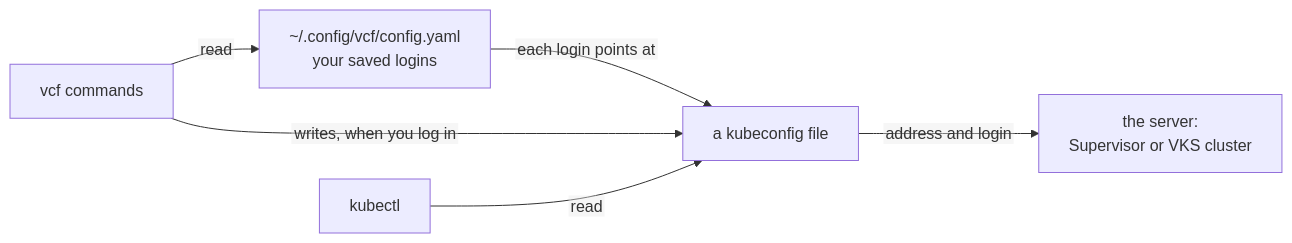
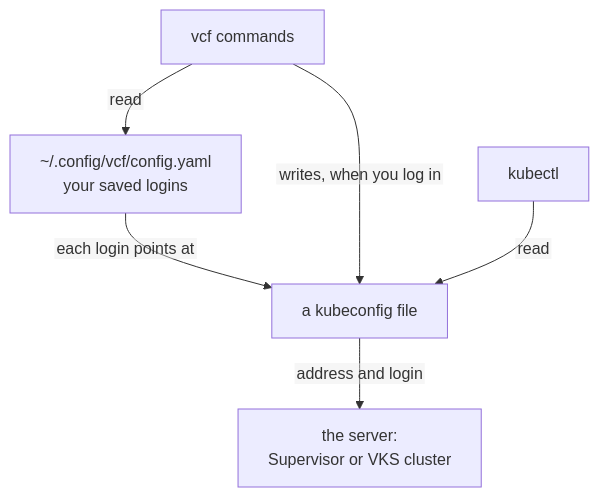
One commit to AndriyKalashnykov/vks-guides changed the first of 4 diagrams in docs/VCF.md. Above: the diagram before and after it, drawn with Mermaid. The commit also changed other lines of this file, not shown here.

Commit message:
docs: VCF.md diagrams: top-to-bottom overview, table order, example cluster file name

````diff
--- a/docs/VCF.md
+++ b/docs/VCF.md
@@ -246,9 +246,9 @@
 ```mermaid
 %%{init: {"flowchart": {"htmlLabels": false, "wrappingWidth": 600}}}%%
-flowchart LR
+flowchart TB
   vcf["vcf commands"] -- read --> CFG["~/.config/vcf/config.yaml<br/>your saved logins"]
   CFG -- "each login points at" --> KC["a kubeconfig file"]
   vcf -- "writes, when you log in" --> KC
   kubectl["kubectl"] -- read --> KC
   KC -- "address and login" --> S["the server:<br/>Supervisor or VKS cluster"]
 ```
````
